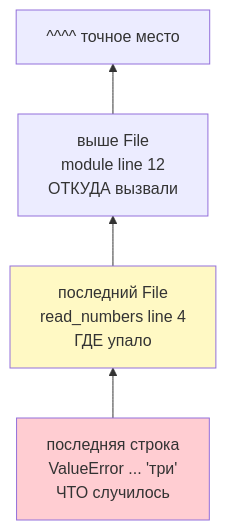
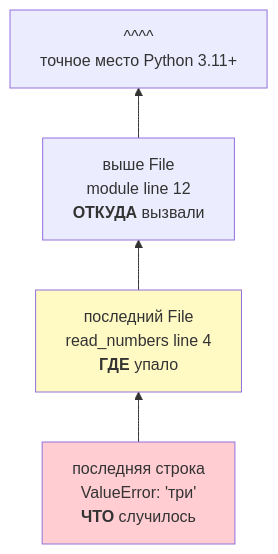
The first of 5 diagrams in 02_Курсы/01. Инженерные практики Python/01_Лекции/09. Отладка и диагностика.md (JayStorm228/College), drawn with Mermaid before and after one commit. The commit also changed other lines of this file and 7 other files, not shown here.

First line of the commit message:
инженерка 09,11-17: перепись разжёвано + диаграммы

````diff
--- a/02_Курсы/01. Инженерные практики Python/01_Лекции/09. Отладка и диагностика.md
+++ b/02_Курсы/01. Инженерные практики Python/01_Лекции/09. Отладка и диагностика.md
@@ -25,8 +27,8 @@
 ```mermaid
 flowchart BT
-  A[последняя строка<br>ValueError ... 'три'<br>ЧТО случилось] --> B[последний File<br>read_numbers line 4<br>ГДЕ упало]
-  B --> C[выше File<br>module line 12<br>ОТКУДА вызвали]
-  C --> D[^^^^ точное место]
+  A[последняя строка<br>ValueError: 'три'<br><b>ЧТО</b> случилось] --> B[последний File<br>read_numbers line 4<br><b>ГДЕ</b> упало]
+  B --> C[выше File<br>module line 12<br><b>ОТКУДА</b> вызвали]
+  C --> D[^^^^<br>точное место Python 3.11+]
   style A fill:#ffcdd2
   style B fill:#fff9c4
 ```
````
